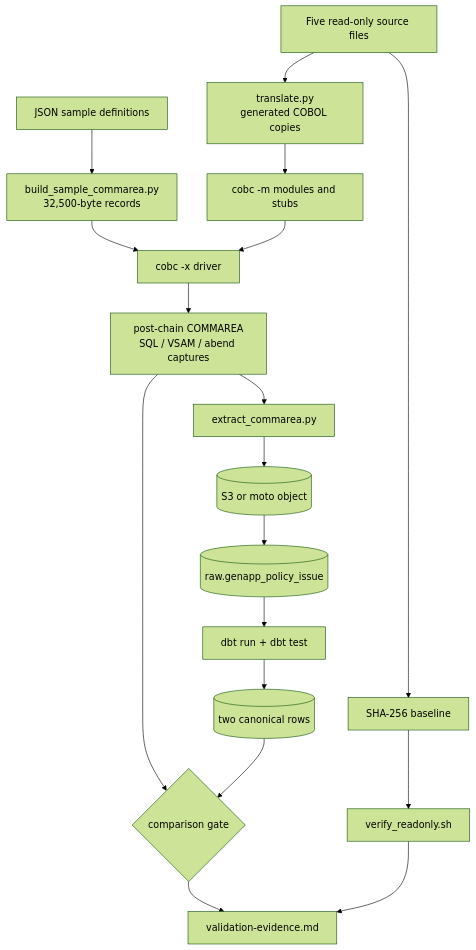
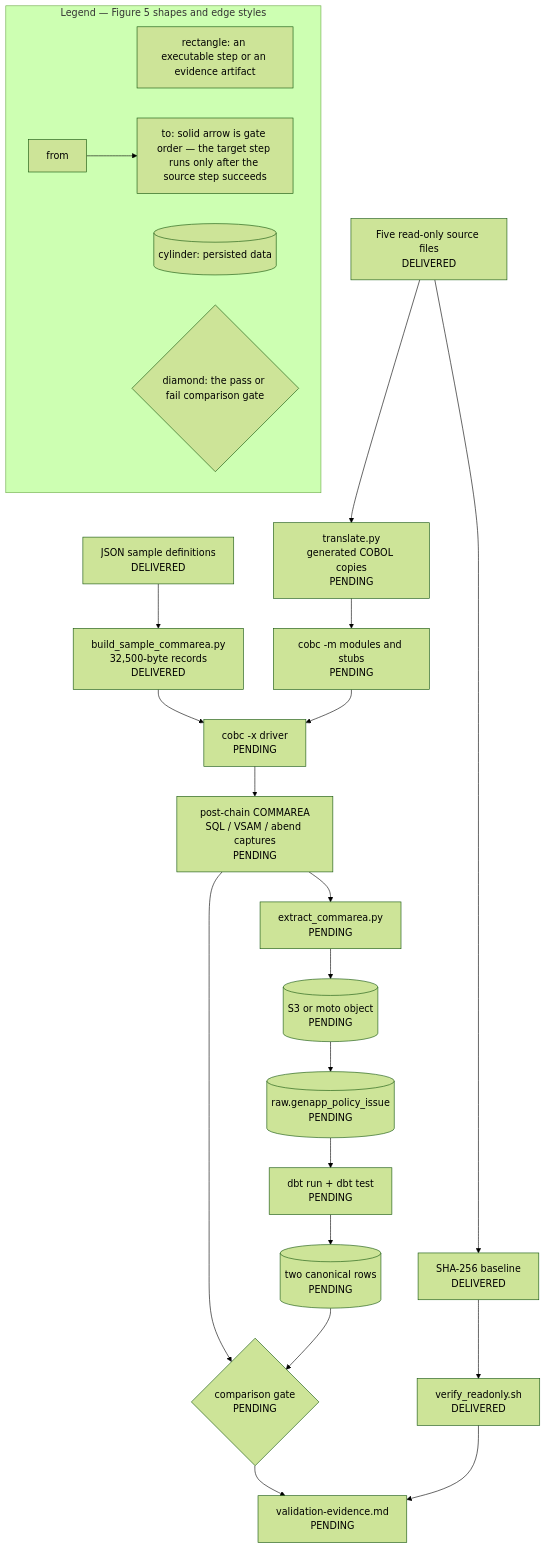
One commit to blitzy-public-samples/cics-genapp-cobrix changed the fifth of 5 diagrams in modernization/docs/architecture.md. Above: the diagram before and after it, drawn with Mermaid (forest theme). The commit also changed other lines of this file and 14 other files, not shown here.

````diff
--- a/modernization/docs/architecture.md
+++ b/modernization/docs/architecture.md
@@ -235,29 +357,37 @@
 ```mermaid
 flowchart TD
-    SRC["Five read-only source files"]
-    BASE["SHA-256 baseline"]
-    SAMPLE["JSON sample definitions"]
-    BUILD["build_sample_commarea.py<br/>32,500-byte records"]
-    TRANS["translate.py<br/>generated COBOL copies"]
-    MODS["cobc -m modules and stubs"]
-    DRIVER["cobc -x driver"]
-    CAP["post-chain COMMAREA<br/>SQL / VSAM / abend captures"]
-    EXT["extract_commarea.py"]
-    S3O[("S3 or moto object")]
-    RAWR[("raw.genapp_policy_issue")]
-    DBTRUN["dbt run + dbt test"]
-    CANON[("two canonical rows")]
-    DIFFG{"comparison gate"}
-    EVID["validation-evidence.md"]
-    RO["verify_readonly.sh"]
+    SRC["Five read-only source files<br/>DELIVERED"]
+    BASE["SHA-256 baseline<br/>DELIVERED"]
+    SAMPLE["JSON sample definitions<br/>DELIVERED"]
+    BUILD["build_sample_commarea.py<br/>32,500-byte records<br/>DELIVERED"]
+    TRANS["translate.py<br/>generated COBOL copies<br/>PENDING"]
+    MODS["cobc -m modules and stubs<br/>PENDING"]
+    DRIVER["cobc -x driver<br/>PENDING"]
+    CAP["post-chain COMMAREA<br/>SQL / VSAM / abend captures<br/>PENDING"]
+    EXT["extract_commarea.py<br/>PENDING"]
+    S3O[("S3 or moto object<br/>PENDING")]
+    RAWR[("raw.genapp_policy_issue<br/>PENDING")]
+    DBTRUN["dbt run + dbt test<br/>PENDING"]
+    CANON[("two canonical rows<br/>PENDING")]
+    DIFFG{"comparison gate<br/>PENDING"}
+    EVID["validation-evidence.md<br/>PENDING"]
+    RO["verify_readonly.sh<br/>DELIVERED"]
 
     SRC --> BASE
     SAMPLE --> BUILD --> DRIVER
     SRC --> TRANS --> MODS --> DRIVER
     DRIVER --> CAP
     CAP --> EXT --> S3O --> RAWR --> DBTRUN --> CANON
     CAP --> DIFFG
     CANON --> DIFFG
     DIFFG --> EVID
     BASE --> RO --> EVID
+
+    subgraph LEGEND5["Legend — Figure 5 shapes and edge styles"]
+        direction LR
+        L5A["rectangle: an executable step or an evidence artifact"]
+        L5B[("cylinder: persisted data")]
+        L5C{"diamond: the pass or fail comparison gate"}
+        L5D["from"] --> L5E["to: solid arrow is gate order — the target step runs only after the source step succeeds"]
+    end
 ```
````
